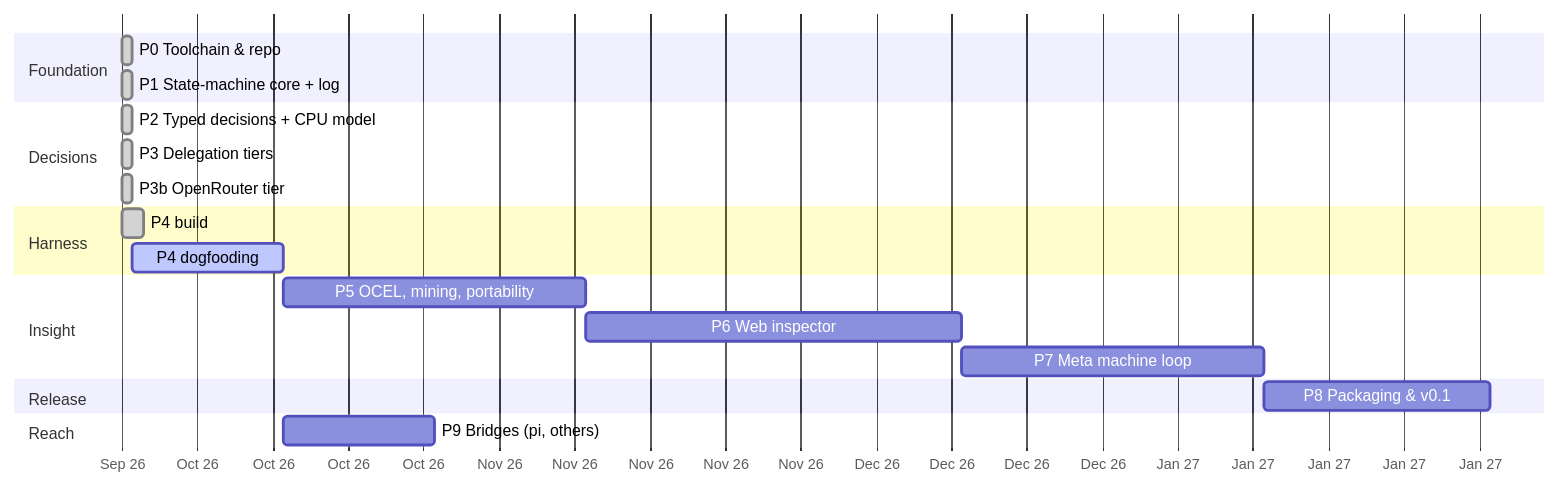
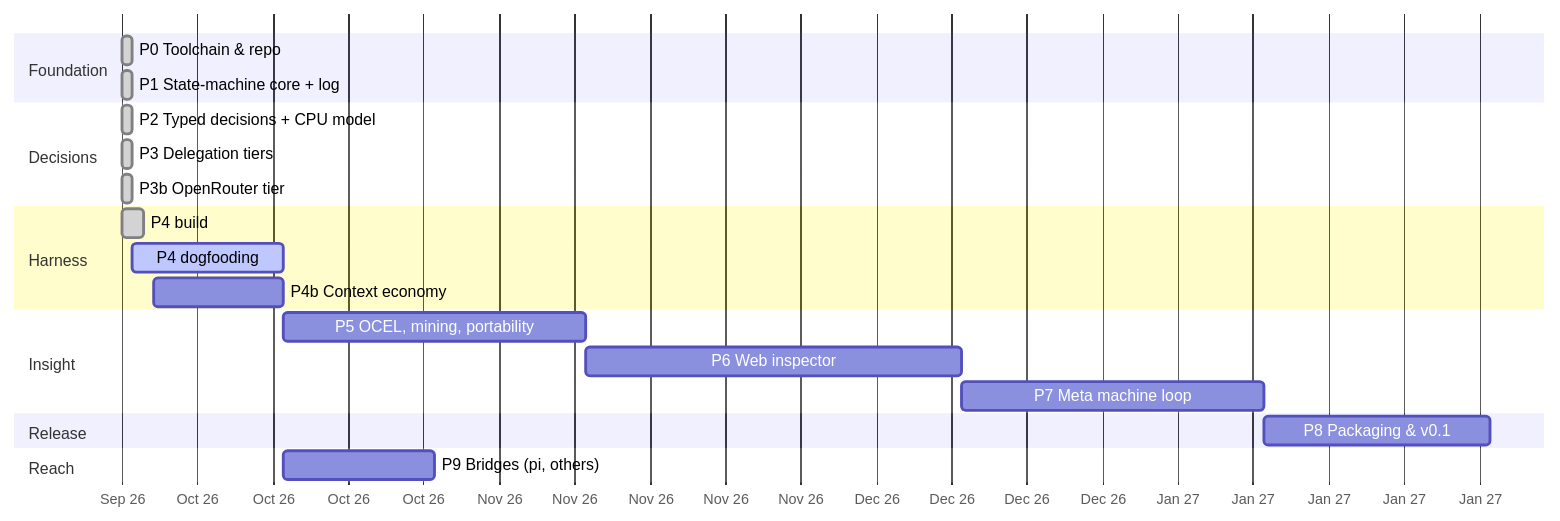
The diagram in docs/implementation-plan.md (romeroabelleira/xeito), drawn with Mermaid before and after one commit. The commit also changed other lines of this file, not shown here.

First line of the commit message:
Plan: P4b context economy; token sinks in P5

````diff
--- a/docs/implementation-plan.md
+++ b/docs/implementation-plan.md
@@ -33,23 +34,24 @@
 ```mermaid
 gantt
   dateFormat YYYY-MM-DD
   axisFormat %b %y
   section Foundation
   P0 Toolchain & repo            :done, p0, 2026-09-27, 1d
   P1 State-machine core + log    :done, p1, 2026-09-27, 1d
   section Decisions
   P2 Typed decisions + CPU model :done, p2, 2026-09-27, 1d
   P3 Delegation tiers            :done, p3, 2026-09-27, 1d
   P3b OpenRouter tier            :done, p3b, 2026-09-27, 1d
   section Harness
   P4 build                       :done, p4b, 2026-09-27, 2d
   P4 dogfooding                  :active, p4d, 2026-09-28, 2w
+  P4b Context economy            :p4b, 2026-09-30, 12d
   section Insight
   P5 OCEL, mining, portability   :p5, after p4d, 4w
   P6 Web inspector               :p6, after p5, 5w
   P7 Meta machine loop           :p7, after p6, 4w
   section Release
   P8 Packaging & v0.1            :p8, after p7, 3w
   section Reach
   P9 Bridges (pi, others)        :p9, after p4d, 2w
 ```
````
